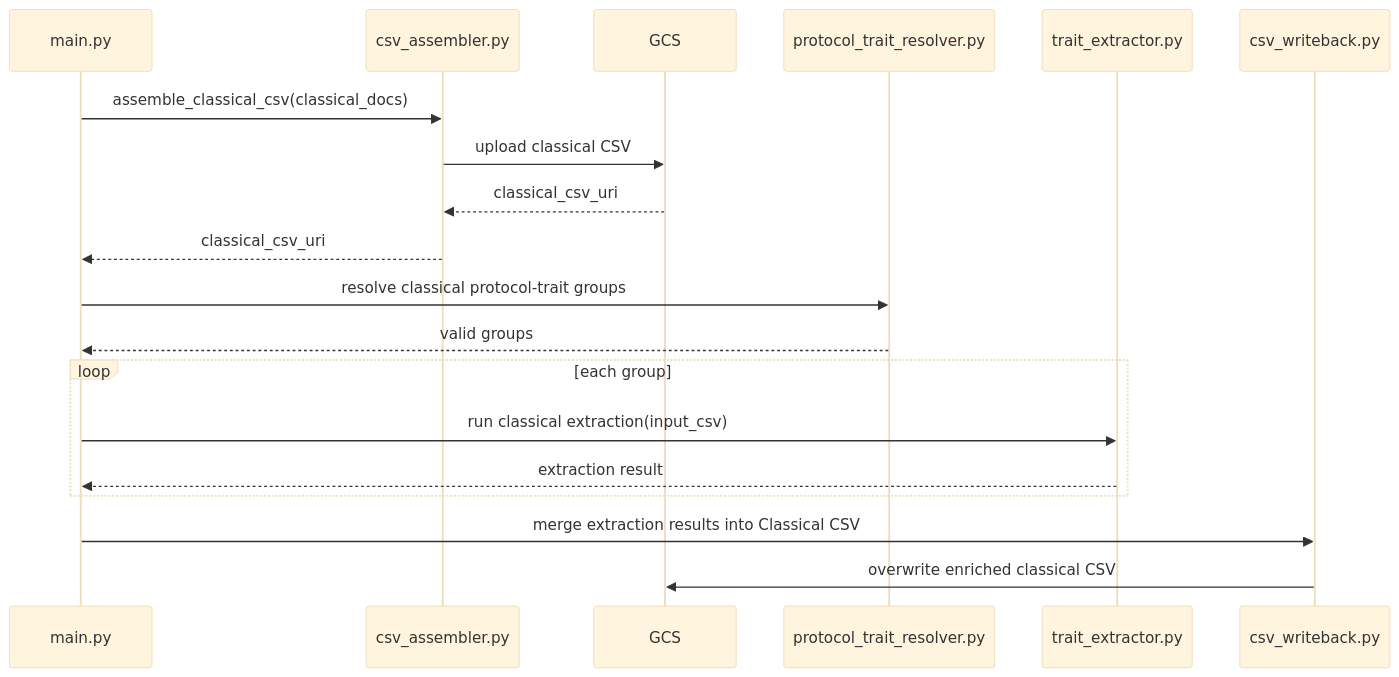
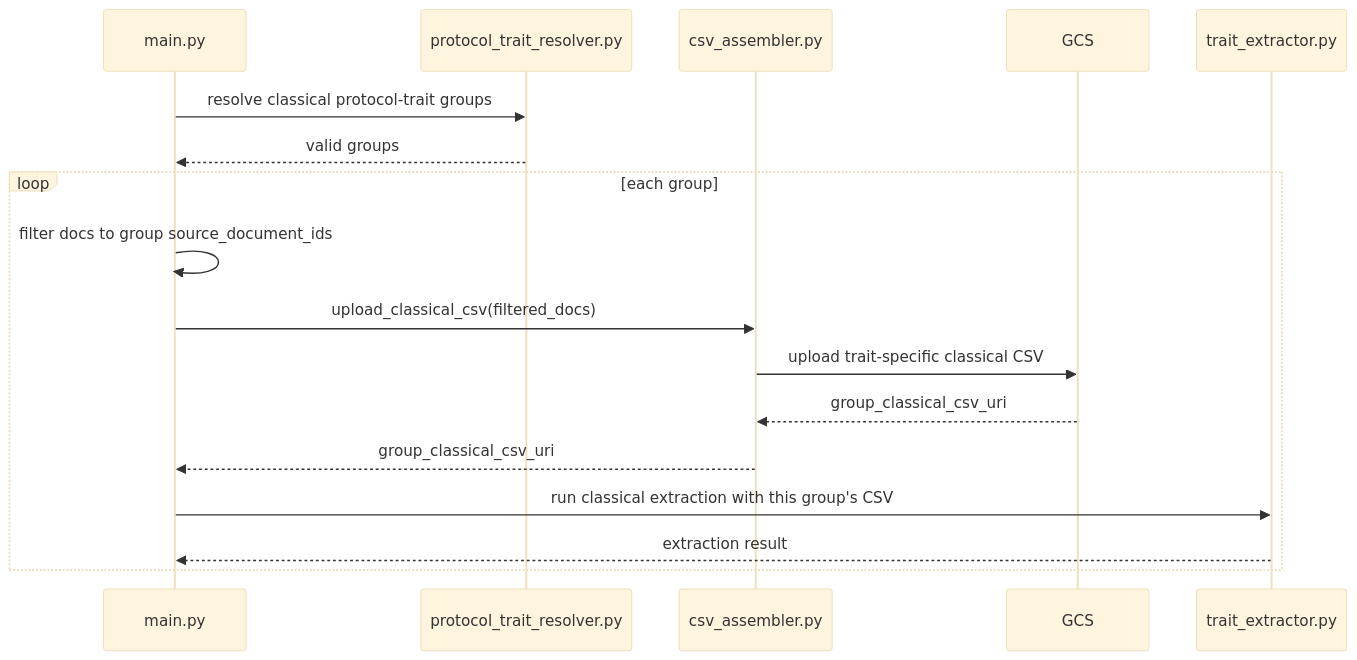
One commit to BhavikMehta57/ona-mlops-cron-job changed the sixth of 8 diagrams in daily_pipeline_design_pack.md. Above: the diagram before and after it, drawn with Mermaid (base theme). The commit also changed other lines of this file and 2 other files, not shown here.

````diff
--- a/daily_pipeline_design_pack.md
+++ b/daily_pipeline_design_pack.md
@@ -361,25 +425,21 @@
 ```mermaid
 sequenceDiagram
     participant M as main.py
+    participant R as protocol_trait_resolver.py
     participant CSV as csv_assembler.py
     participant G as GCS
-    participant R as protocol_trait_resolver.py
     participant E as trait_extractor.py
-    participant W as csv_writeback.py
-
-    M->>CSV: assemble_classical_csv(classical_docs)
-    CSV->>G: upload classical CSV
-    G-->>CSV: classical_csv_uri
-    CSV-->>M: classical_csv_uri
 
     M->>R: resolve classical protocol-trait groups
     R-->>M: valid groups
 
     loop each group
-        M->>E: run classical extraction(input_csv)
+        M->>M: filter docs to group source_document_ids
+        M->>CSV: upload_classical_csv(filtered_docs)
+        CSV->>G: upload trait-specific classical CSV
+        G-->>CSV: group_classical_csv_uri
+        CSV-->>M: group_classical_csv_uri
+        M->>E: run classical extraction with this group's CSV
         E-->>M: extraction result
     end
-
-    M->>W: merge extraction results into Classical CSV
-    W->>G: overwrite enriched classical CSV
 ```
````
